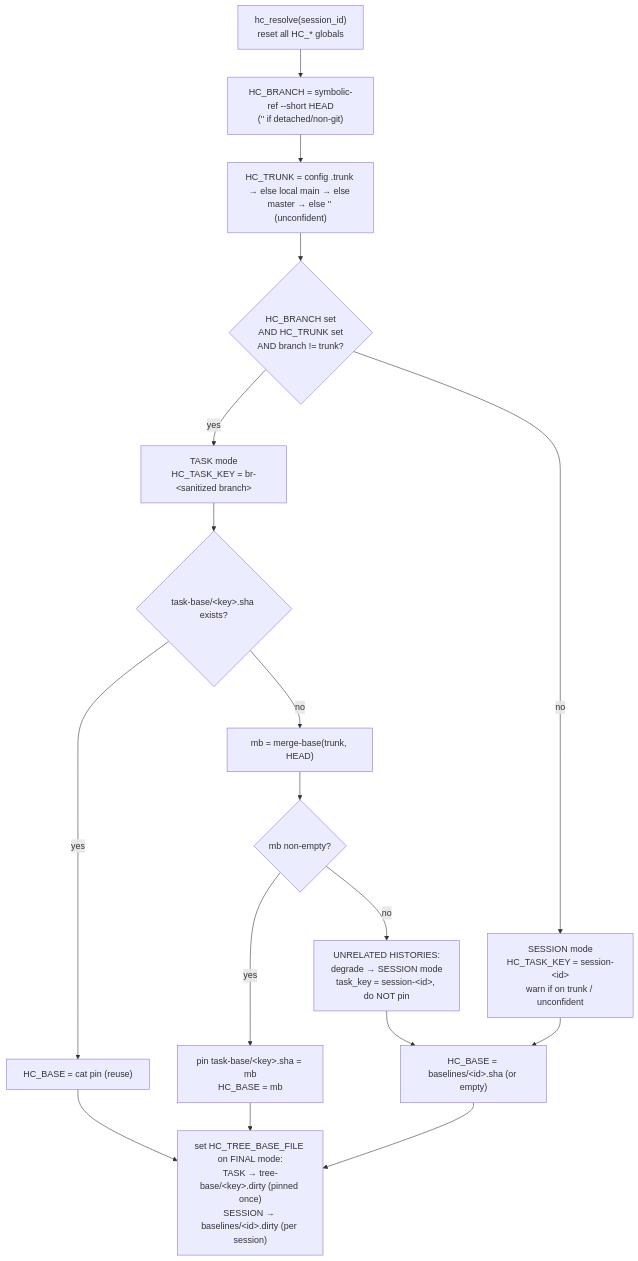
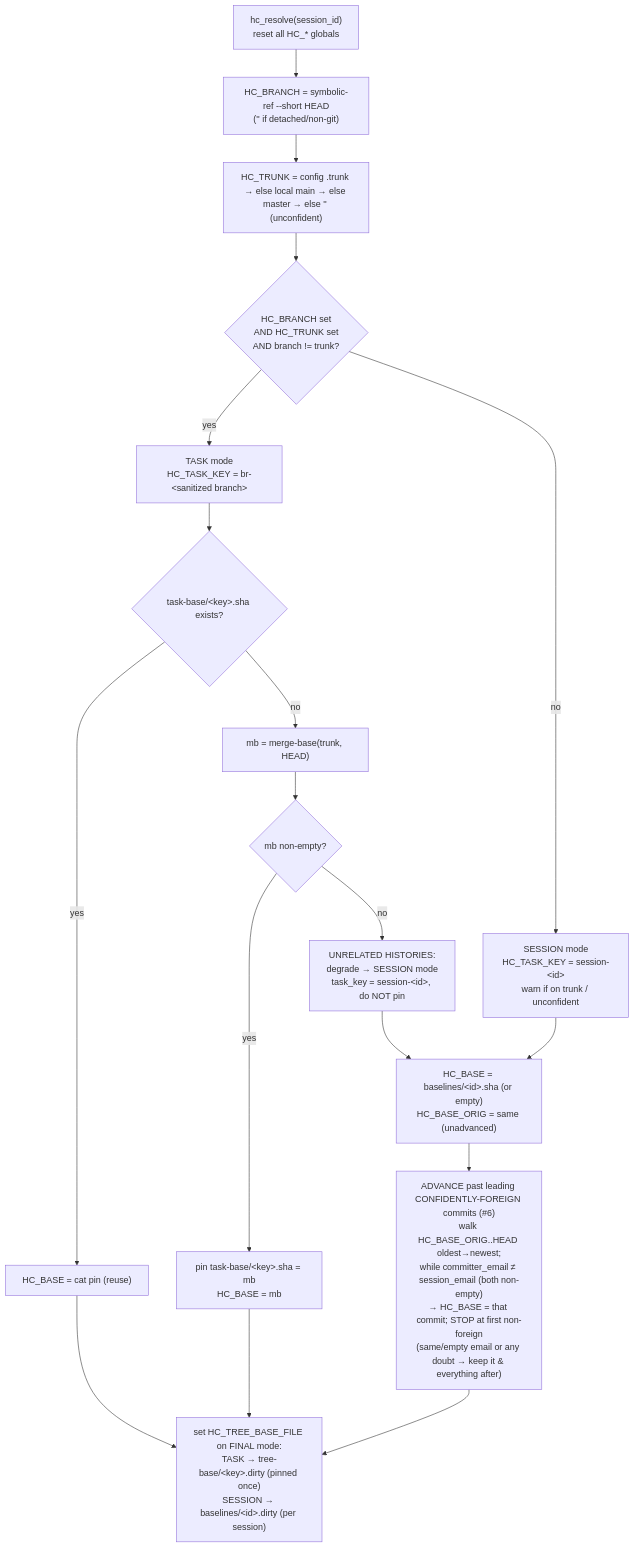
Before and after one commit to pehota/harlo: the seventh of 10 diagrams in docs/architecture.md, drawn with Mermaid. The commit also changed other lines of this file and 2 other files, not shown here.

Commit message:
docs(harness): re-sync architecture/design/READMEs to current gate, FSM, coverage, triage, validator

````diff
--- a/docs/architecture.md
+++ b/docs/architecture.md
@@ -427,22 +527,23 @@
 ```mermaid
 flowchart TD
   ST["hc_resolve(session_id)<br/>reset all HC_* globals"] --> BR["HC_BRANCH = symbolic-ref --short HEAD<br/>('' if detached/non-git)"]
   BR --> TR["HC_TRUNK = config .trunk → else local main → else master → else '' (unconfident)"]
   TR --> Q{"HC_BRANCH set<br/>AND HC_TRUNK set<br/>AND branch != trunk?"}
   Q -->|yes| TASK["TASK mode<br/>HC_TASK_KEY = br-&lt;sanitized branch&gt;"]
   Q -->|no| SESS["SESSION mode<br/>HC_TASK_KEY = session-&lt;id&gt;<br/>warn if on trunk / unconfident"]
 
   TASK --> PIN{"task-base/&lt;key&gt;.sha exists?"}
   PIN -->|yes| READ["HC_BASE = cat pin (reuse)"]
   PIN -->|no| MB["mb = merge-base(trunk, HEAD)"]
   MB --> MBQ{"mb non-empty?"}
   MBQ -->|yes| WRITE["pin task-base/&lt;key&gt;.sha = mb<br/>HC_BASE = mb"]
   MBQ -->|no| DEGR["UNRELATED HISTORIES:<br/>degrade → SESSION mode<br/>task_key = session-&lt;id&gt;, do NOT pin"]
 
-  SESS --> SB["HC_BASE = baselines/&lt;id&gt;.sha (or empty)"]
+  SESS --> SB["HC_BASE = baselines/&lt;id&gt;.sha (or empty)<br/>HC_BASE_ORIG = same (unadvanced)"]
+  SB --> ADV["ADVANCE past leading CONFIDENTLY-FOREIGN commits (#6)<br/>walk HC_BASE_ORIG..HEAD oldest→newest;<br/>while committer_email ≠ session_email (both non-empty)<br/>→ HC_BASE = that commit; STOP at first non-foreign<br/>(same/empty email or any doubt → keep it & everything after)"]
   DEGR --> SB
 
   READ --> TB
   WRITE --> TB
-  SB --> TB["set HC_TREE_BASE_FILE on FINAL mode:<br/>TASK → tree-base/&lt;key&gt;.dirty (pinned once)<br/>SESSION → baselines/&lt;id&gt;.dirty (per session)"]
+  ADV --> TB["set HC_TREE_BASE_FILE on FINAL mode:<br/>TASK → tree-base/&lt;key&gt;.dirty (pinned once)<br/>SESSION → baselines/&lt;id&gt;.dirty (per session)"]
 ```
````
